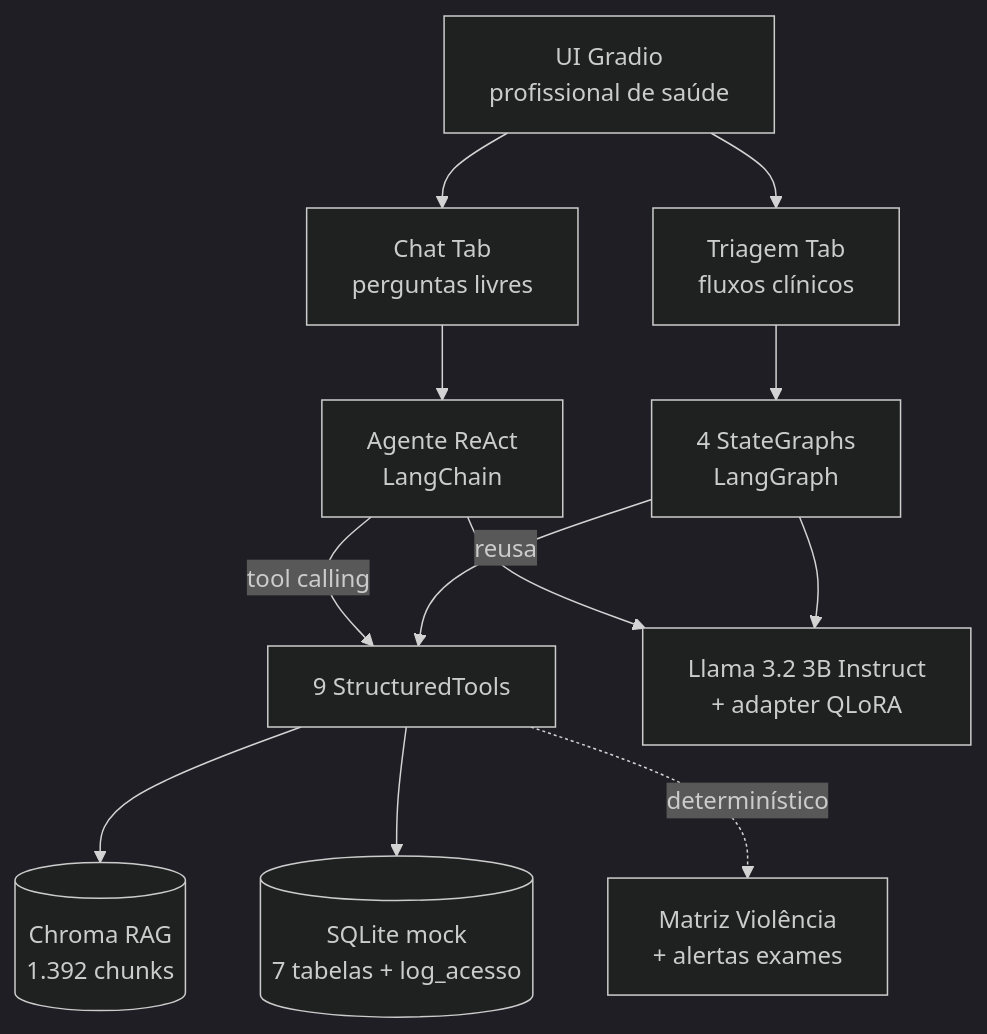
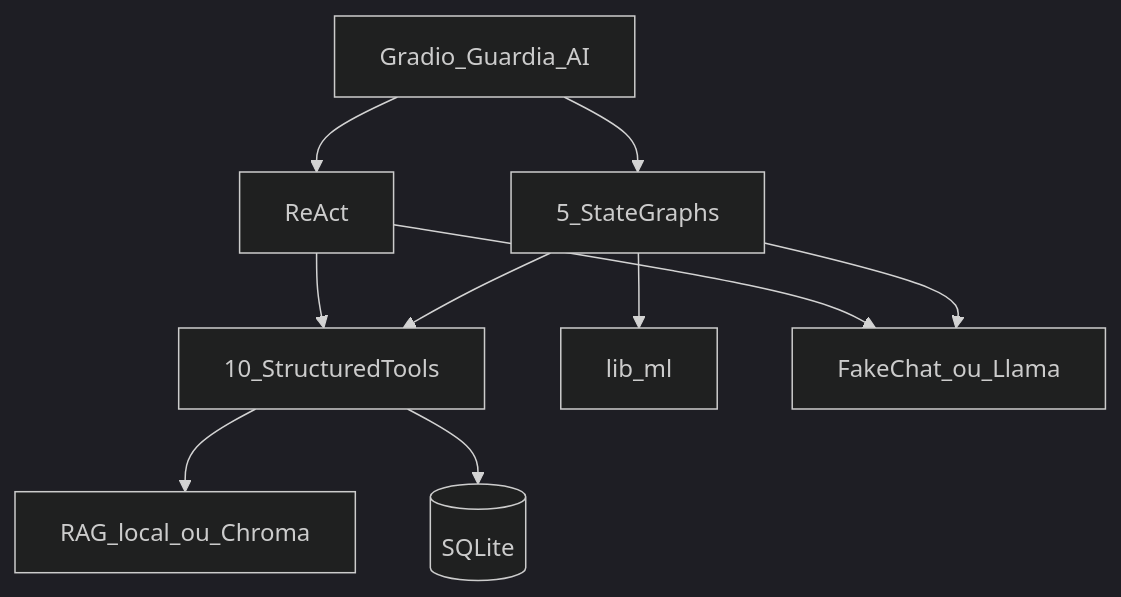
The second of 2 diagrams in RELATORIO_TECNICO.md (Evandrorsampaio/TechChallenger4), drawn with Mermaid (dark theme) before and after one commit. The commit also changed other lines of this file and 27 other files, not shown here.

````diff
--- a/RELATORIO_TECNICO.md
+++ b/RELATORIO_TECNICO.md
@@ -30,19 +98,13 @@
 ```mermaid
 flowchart TB
-    UI[UI Gradio<br/>profissional de saúde]
-    UI --> Chat[Chat Tab<br/>perguntas livres]
-    UI --> Triagem[Triagem Tab<br/>fluxos clínicos]
-
-    Chat --> Agent[Agente ReAct<br/>LangChain]
-    Triagem --> WFs[4 StateGraphs<br/>LangGraph]
-
-    Agent -->|tool calling| Tools[9 StructuredTools]
-    WFs -->|reusa| Tools
-
-    Tools --> RAG[(Chroma RAG<br/>1.392 chunks)]
-    Tools --> DB[(SQLite mock<br/>7 tabelas + log_acesso)]
-    Tools -.->|determinístico| Matriz[Matriz Violência<br/>+ alertas exames]
-
-    Agent --> LLM[Llama 3.2 3B Instruct<br/>+ adapter QLoRA]
-    WFs --> LLM
+  UI[Gradio_Guardia_AI]
+  UI --> Agent[ReAct]
+  UI --> WFs[5_StateGraphs]
+  Agent --> Tools[10_StructuredTools]
+  WFs --> Tools
+  Tools --> RAG[RAG_local_ou_Chroma]
+  Tools --> DB[(SQLite)]
+  WFs --> ML[lib_ml]
+  Agent --> LLM[FakeChat_ou_Llama]
+  WFs --> LLM
 ```
````
